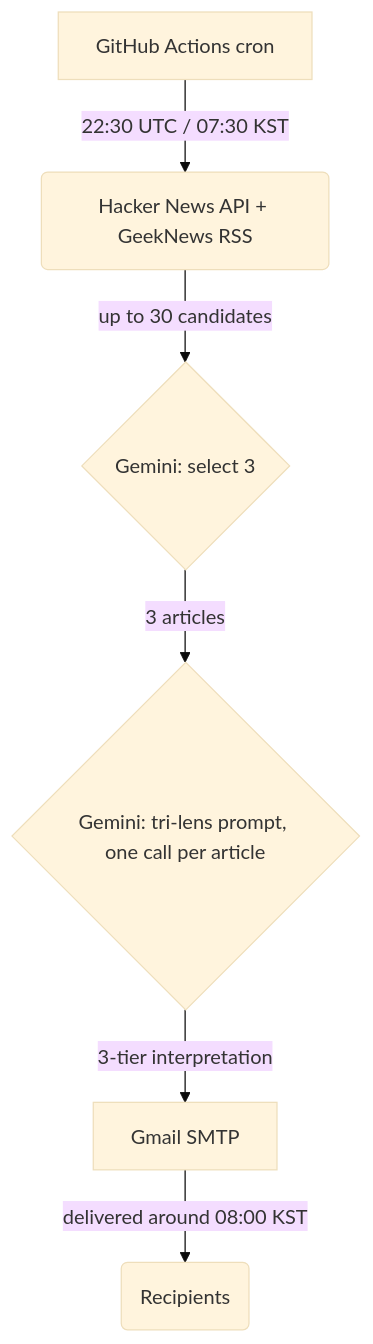
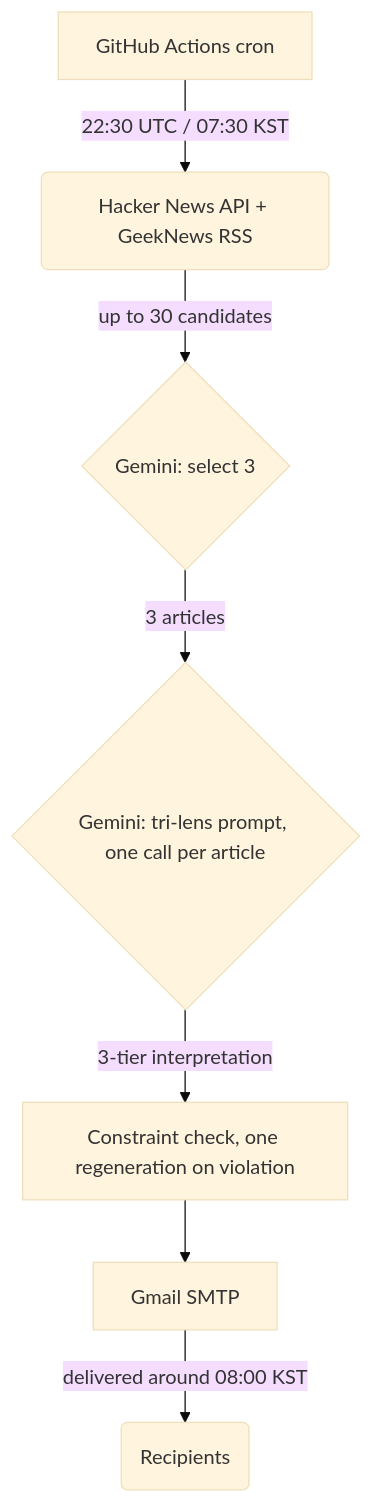
One commit to liminal-cipher/tri-lens-news changed the diagram in README.md. Above: the diagram before and after it, drawn with Mermaid (base theme). The commit also changed other lines of this file and 3 other files, not shown here.

````diff
--- a/README.md
+++ b/README.md
@@ -28,8 +28,9 @@
 ```mermaid
 graph TD
     A[GitHub Actions cron] -->|22:30 UTC / 07:30 KST| B(Hacker News API + GeekNews RSS)
     B -->|up to 30 candidates| C{Gemini: select 3}
     C -->|3 articles| D{Gemini: tri-lens prompt, one call per article}
-    D -->|3-tier interpretation| E[Gmail SMTP]
+    D -->|3-tier interpretation| V[Constraint check, one regeneration on violation]
+    V --> E[Gmail SMTP]
     E -->|delivered around 08:00 KST| F(Recipients)
 ```
````
